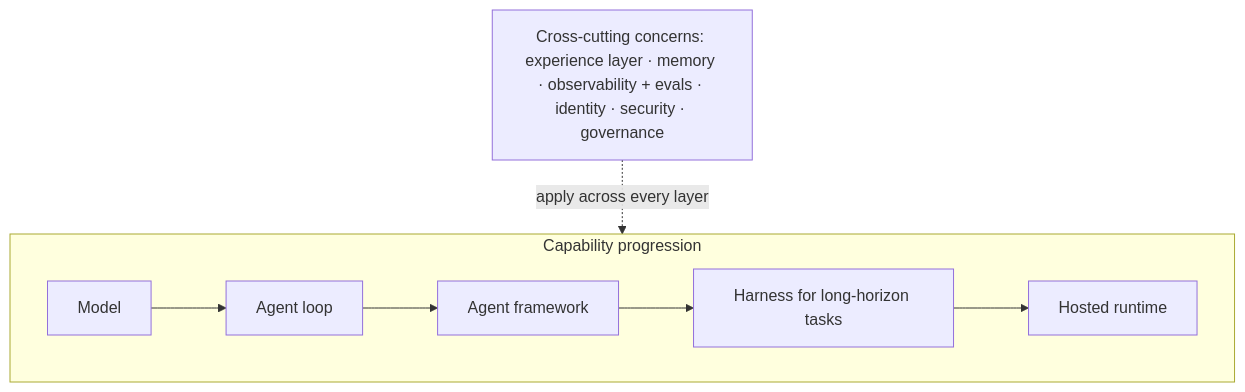
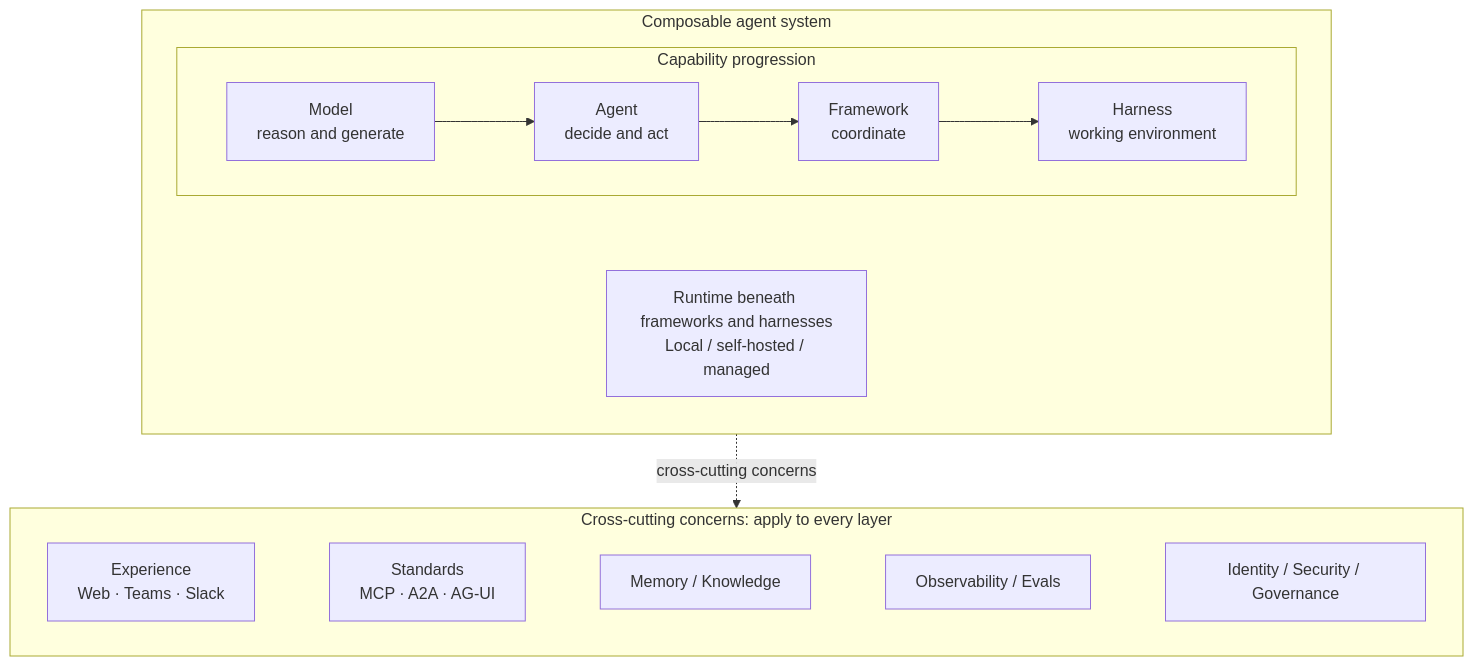
One commit to ppenumatsa1/model-to-harness changed the diagram in docs/articles/model-to-harness.md. Above: the diagram before and after it, drawn with Mermaid. The commit also changed other lines of this file, not shown here.

First line of the commit message:
docs: tighten model-to-harness article for publication

````diff
--- a/docs/articles/model-to-harness.md
+++ b/docs/articles/model-to-harness.md
@@ -13,10 +11,20 @@
 ```mermaid
 flowchart TB
-    subgraph progression["Capability progression"]
-        direction LR
-        model["Model"] --> loop["Agent loop"] --> framework["Agent framework"] --> harness["Harness for long-horizon tasks"] --> runtime["Hosted runtime"]
+    subgraph system["Composable agent system"]
+        direction TB
+        subgraph capabilities["Capability progression"]
+            direction LR
+            model["Model<br/>reason and generate"] --> agent["Agent<br/>decide and act"] --> framework["Framework<br/>coordinate"] --> harness["Harness<br/>working environment"]
+        end
+
+        runtime["Runtime beneath frameworks and harnesses<br/>Local / self-hosted / managed"]
+        capabilities ~~~ runtime
     end
 
-    concerns["Cross-cutting concerns: experience layer · memory · observability + evals · identity · security · governance"]
-    concerns -. apply across every layer .-> progression
+    subgraph crosscutting["Cross-cutting concerns: apply to every layer"]
+        direction LR
+        experience["Experience<br/>Web · Teams · Slack"] ~~~ standards["Standards<br/>MCP · A2A · AG-UI"] ~~~ memory["Memory / Knowledge"] ~~~ observability["Observability / Evals"] ~~~ governance["Identity / Security / Governance"]
+    end
+
+    system -. cross-cutting concerns .-> crosscutting
 ```
````
